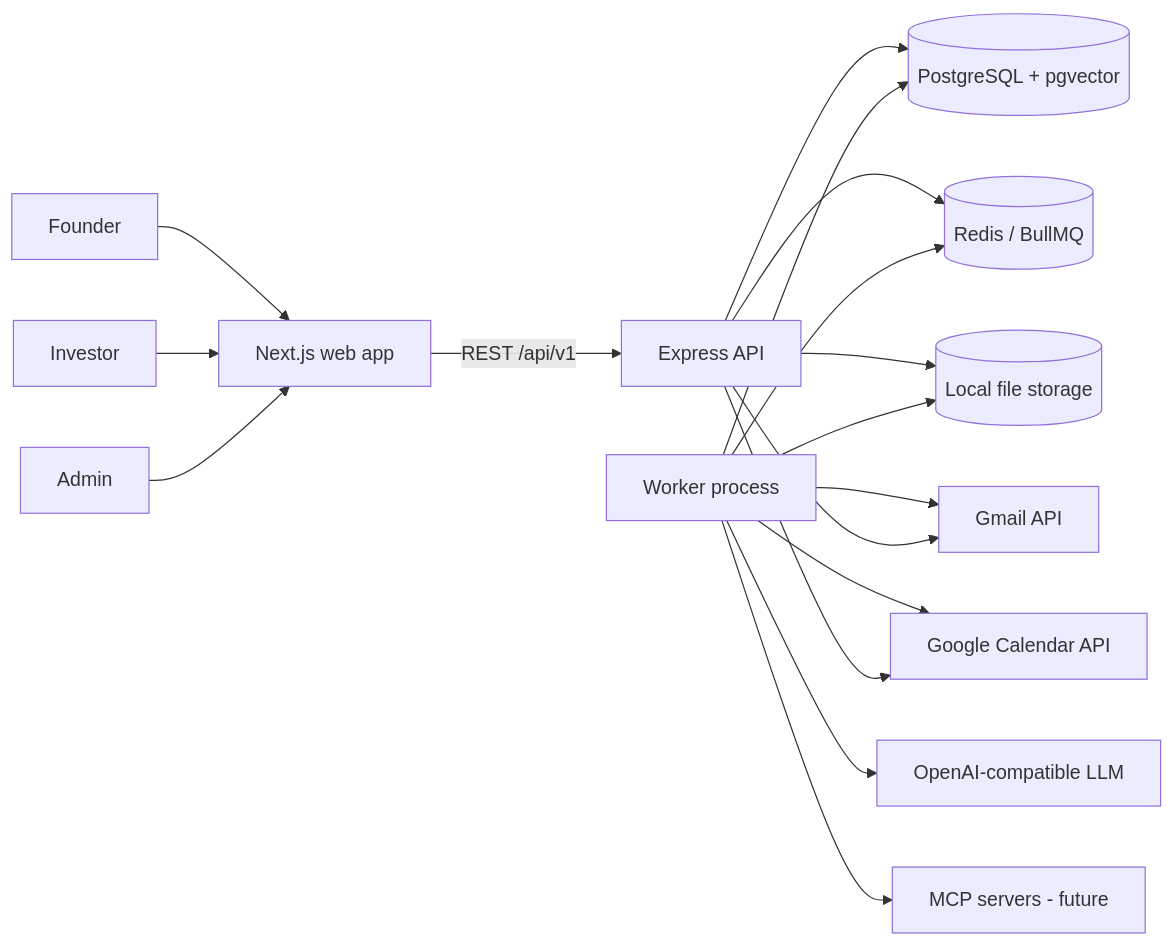
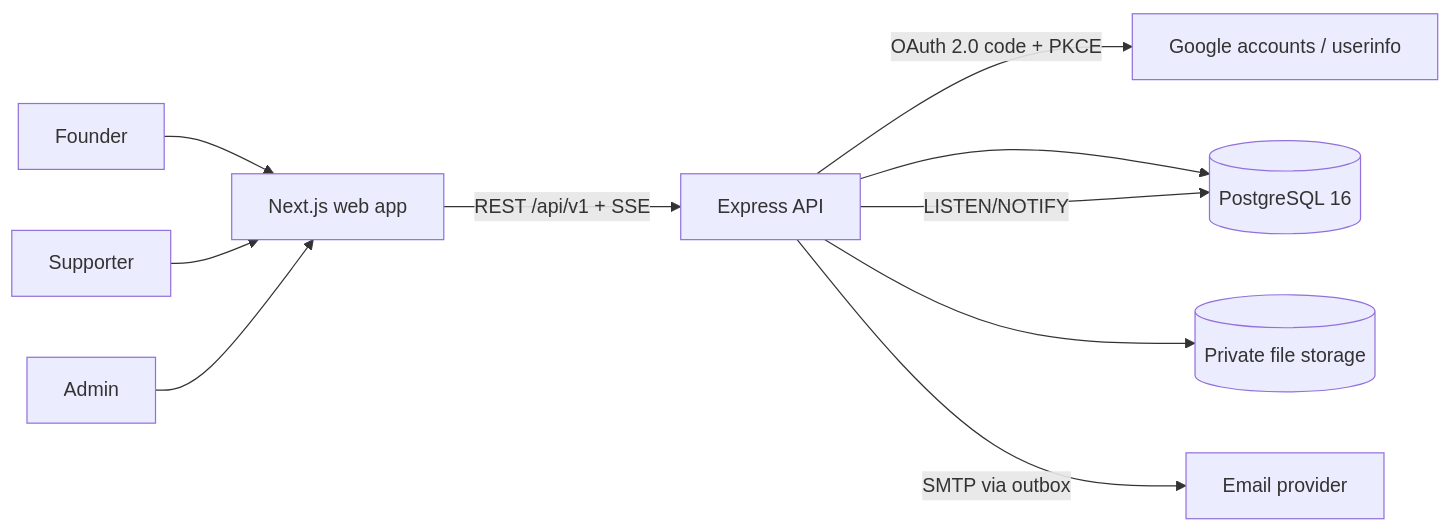
The diagram in docs/ARCHITECTURE.md (ParisaDarab/InvestFund), drawn with Mermaid before and after one commit. The commit also changed other lines of this file and 13 other files, not shown here.

````diff
--- a/docs/ARCHITECTURE.md
+++ b/docs/ARCHITECTURE.md
@@ -7,19 +8,12 @@
 ```mermaid
 flowchart LR
   F[Founder] --> WEB
-  I[Investor] --> WEB
+  S[Supporter] --> WEB
   A[Admin] --> WEB
-  WEB[Next.js web app] -- REST /api/v1 --> API[Express API]
-  API --> PG[(PostgreSQL + pgvector)]
-  API --> R[(Redis / BullMQ)]
-  W[Worker process] --> R
-  W --> PG
-  API --> FS[(Local file storage)]
-  W --> FS
-  W --> LLM[OpenAI-compatible LLM]
-  W --> G[Gmail API]
-  W --> C[Google Calendar API]
-  API --> G
-  API --> C
-  W --> MCP[MCP servers - future]
+  WEB[Next.js web app] -- REST /api/v1 + SSE --> API[Express API]
+  API -- OAuth 2.0 code + PKCE --> G[Google accounts / userinfo]
+  API --> PG[(PostgreSQL 16)]
+  API -- LISTEN/NOTIFY --> PG
+  API --> FS[(Private file storage)]
+  API -- SMTP via outbox --> M[Email provider]
 ```
````
